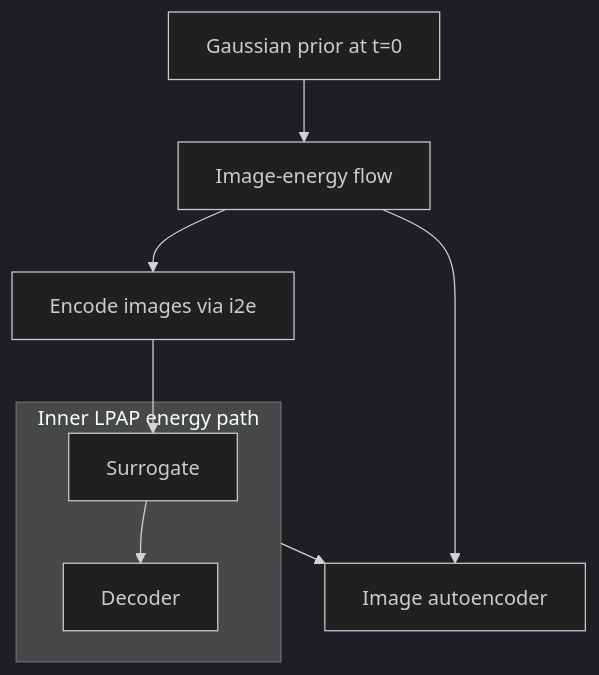
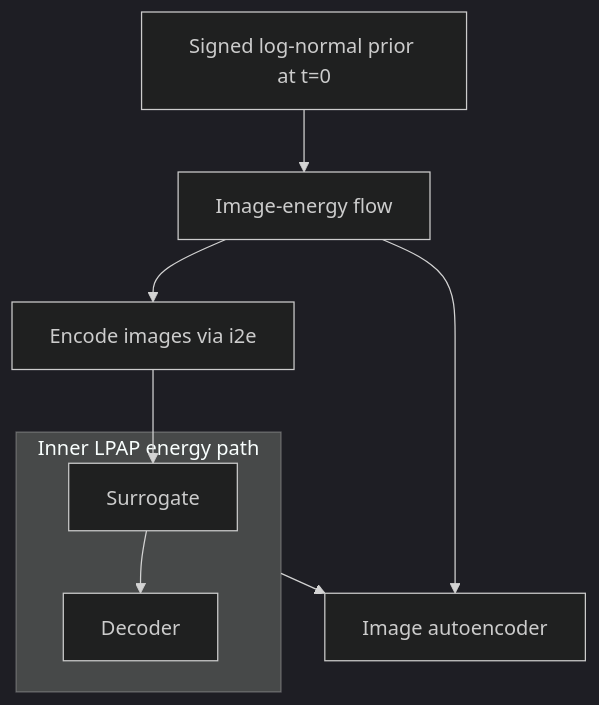
The diagram in doc/index.md (matovitch/lpap), drawn with Mermaid (dark theme) before and after one commit. The commit also changed other lines of this file and 15 other files, not shown here.

First line of the commit message:
Use a signed log-normal energy prior for image_energy_flow.

````diff
--- a/doc/index.md
+++ b/doc/index.md
@@ -38,15 +38,15 @@
 ```mermaid
 flowchart TD
-    gaussian[Gaussian prior at t=0] --> flow[Image-energy flow]
+    prior[Signed log-normal prior at t=0] --> flow[Image-energy flow]
     flow --> energy_bank[Encode images via i2e]
     energy_bank --> surrogate[Surrogate]
     surrogate --> decoder[Decoder]
 
     subgraph inner [Inner LPAP energy path]
         surrogate
         decoder
     end
 
     flow --> autoencoder[Image autoencoder]
     inner --> autoencoder
 ```
````
